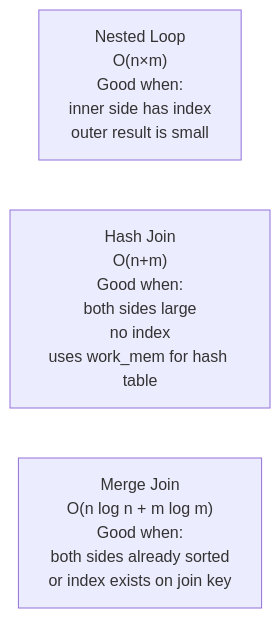
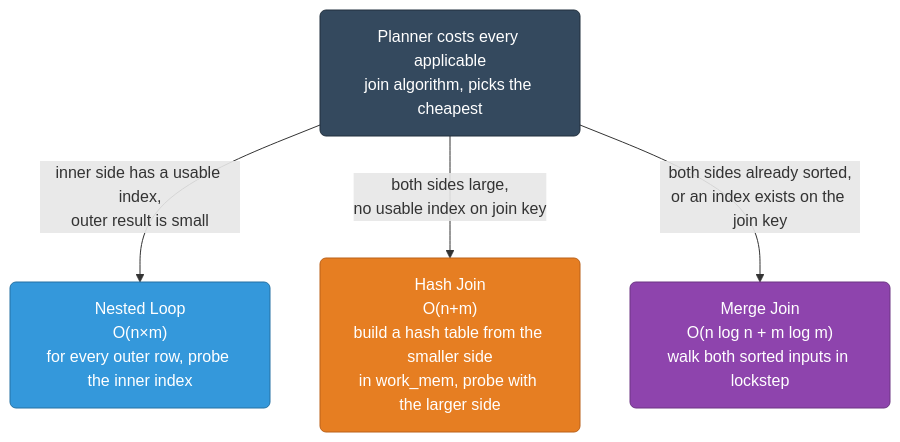
One commit to deepanshu-rawat6/DevOpsIndex changed the eighth of 11 diagrams in databases/postgres-internals.md. Above: the diagram before and after it, drawn with Mermaid. The commit also changed other lines of this file and 7 other files, not shown here.

````diff
--- a/databases/postgres-internals.md
+++ b/databases/postgres-internals.md
@@ -301,6 +586,13 @@
 ```mermaid
-graph LR
-    NL["Nested Loop<br>O(n×m)<br>Good when:<br>inner side has index<br>outer result is small"]
-    HASH["Hash Join<br>O(n+m)<br>Good when:<br>both sides large<br>no index<br>uses work_mem for hash table"]
-    MERGE["Merge Join<br>O(n log n + m log m)<br>Good when:<br>both sides already sorted<br>or index exists on join key"]
+graph TD
+    classDef decision fill:#34495e,stroke:#212f3c,color:#fff,rx:6
+    classDef nl fill:#3498db,stroke:#2471a3,color:#fff,rx:6
+    classDef hash fill:#e67e22,stroke:#ba6018,color:#fff,rx:6
+    classDef merge fill:#8e44ad,stroke:#6c3483,color:#fff,rx:6
+
+    START["Planner costs every applicable<br/>join algorithm, picks the cheapest"]:::decision
+
+    START -->|"inner side has a usable index,<br/>outer result is small"| NL["Nested Loop<br/>O(n×m)<br/>for every outer row, probe the inner index"]:::nl
+    START -->|"both sides large,<br/>no usable index on join key"| HASH["Hash Join<br/>O(n+m)<br/>build a hash table from the smaller side<br/>in work_mem, probe with the larger side"]:::hash
+    START -->|"both sides already sorted,<br/>or an index exists on the join key"| MERGE["Merge Join<br/>O(n log n + m log m)<br/>walk both sorted inputs in lockstep"]:::merge
 ```
````
